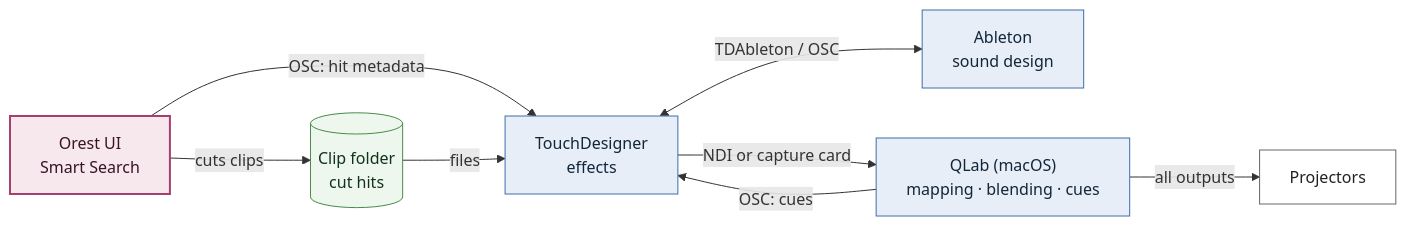
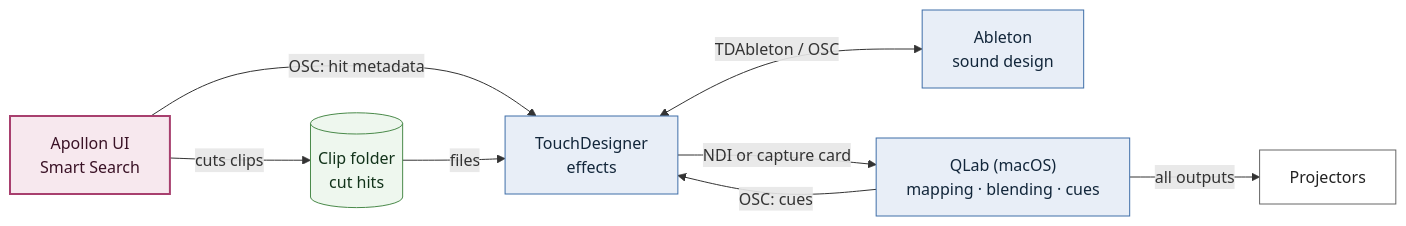
The diagram in knowledge/components/03_render.md (moe5555/orest), drawn with Mermaid before and after one commit. The commit also changed other lines of this file and 67 other files, not shown here.

Commit message:
change name from orest to apollon

````diff
--- a/knowledge/components/03_render.md
+++ b/knowledge/components/03_render.md
@@ -30,15 +30,15 @@
 ```mermaid
 graph LR;
-    UI["Orest UI<br/>Smart Search"]:::orest -->|OSC: hit metadata| TD["TouchDesigner<br/>effects"]:::proc;
+    UI["Apollon UI<br/>Smart Search"]:::apollon -->|OSC: hit metadata| TD["TouchDesigner<br/>effects"]:::proc;
     CUT[("Clip folder<br/>cut hits")]:::store -->|files| TD;
     UI -->|cuts clips| CUT;
     TD <-->|TDAbleton / OSC| ABL["Ableton<br/>sound design"]:::proc;
     TD -->|NDI or capture card| QL["QLab (macOS)<br/>mapping · blending · cues"]:::proc;
     QL -->|OSC: cues| TD;
     QL -->|all outputs| PROJ["Projectors"]:::out;
 
-    classDef orest fill:#f7e8ee,stroke:#a83f6e,stroke-width:2px,color:#3a1226;
+    classDef apollon fill:#f7e8ee,stroke:#a83f6e,stroke-width:2px,color:#3a1226;
     classDef proc fill:#e8eef7,stroke:#3f6ea8,color:#12263a;
     classDef store fill:#eef7ee,stroke:#4a8a4a,color:#12331a;
     classDef out fill:#fff,stroke:#666,color:#222;
 ```
````
